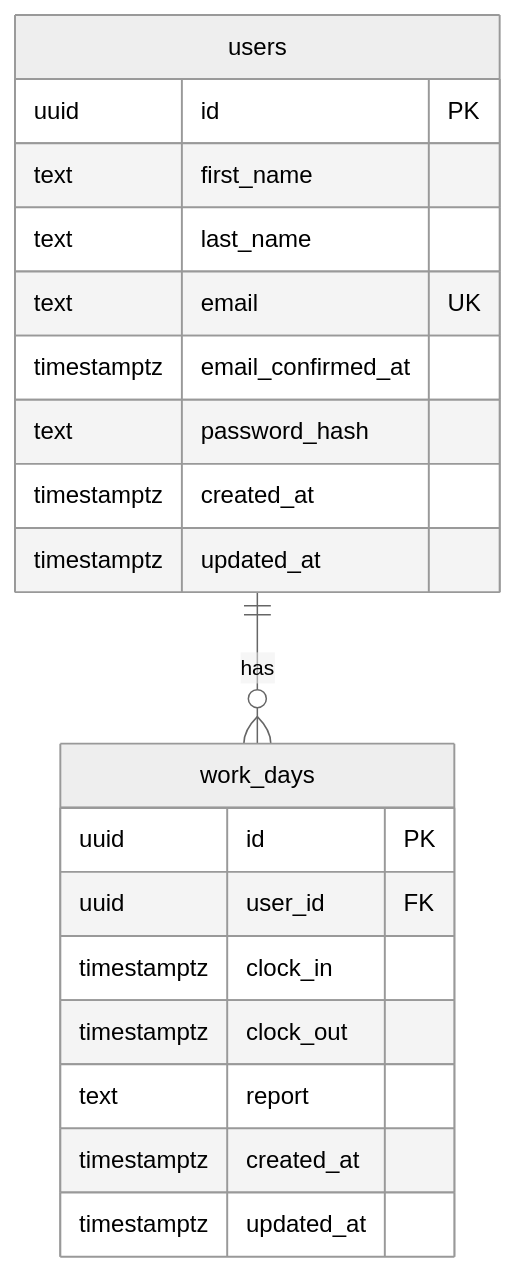
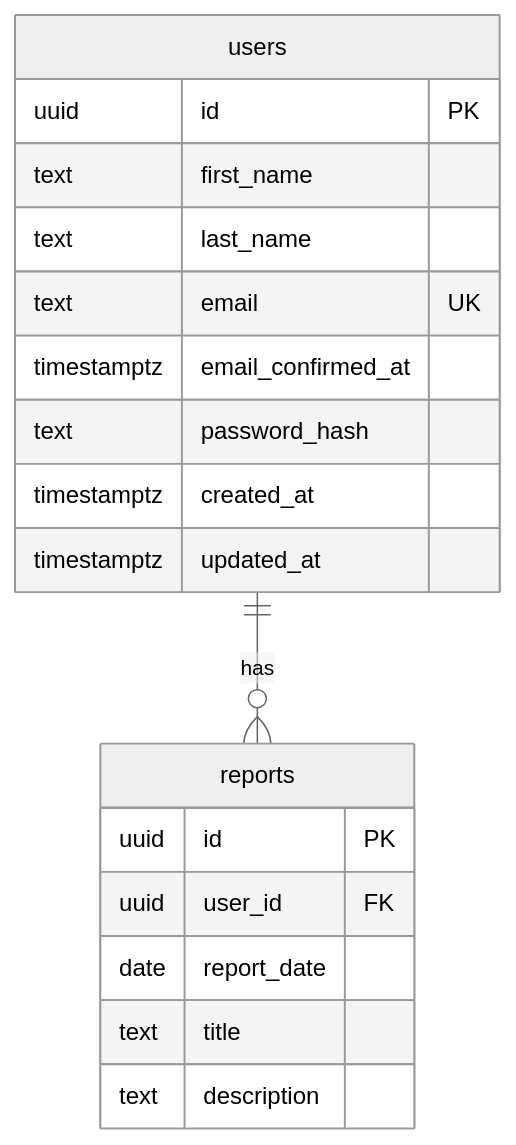
The diagram in docs/data-model.md (gianluca-schulz/apprentice-clock), drawn with Mermaid (neutral theme) before and after one commit. The commit also changed other lines of this file, not shown here.

Commit message:
docs(data-model): replace work_days with reports

````diff
--- a/docs/data-model.md
+++ b/docs/data-model.md
@@ -94,23 +84,21 @@
 ```mermaid
 erDiagram
-    users ||--o{ work_days : "has"
+    users ||--o{ reports : "has"
     users {
         uuid id PK
         text first_name
         text last_name
         text email UK
         timestamptz email_confirmed_at
         text password_hash
         timestamptz created_at
         timestamptz updated_at
     }
-    work_days {
+    reports {
         uuid id PK
         uuid user_id FK
-        timestamptz clock_in
-        timestamptz clock_out
-        text report
-        timestamptz created_at
-        timestamptz updated_at
+        date report_date
+        text title
+        text description
     }
 ```
````
